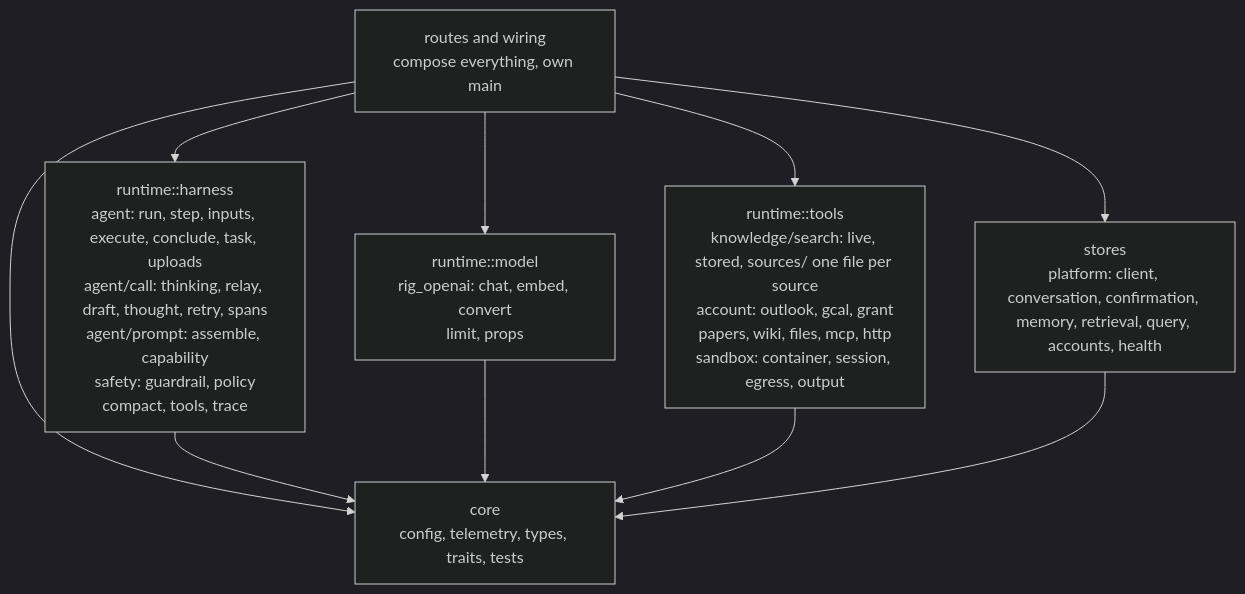
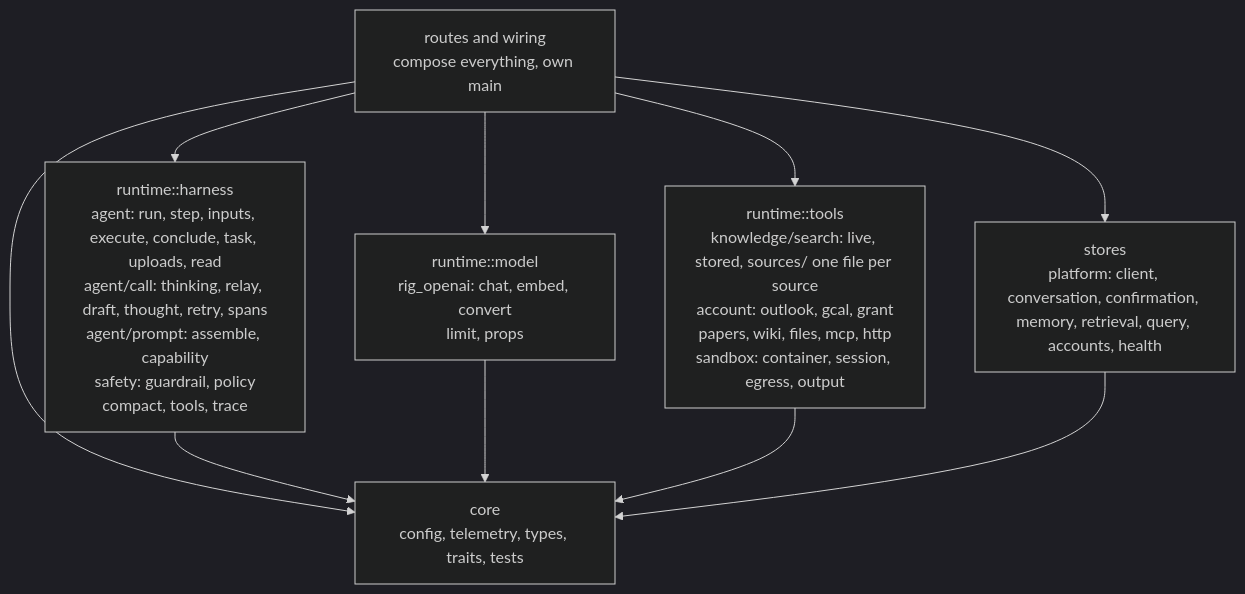
The second of 8 diagrams in docs/ARCHITECTURE.md (theaisocietyasu/sparky), drawn with Mermaid (dark theme) before and after one commit. The commit also changed other lines of this file and 19 other files, not shown here.

````diff
--- a/docs/ARCHITECTURE.md
+++ b/docs/ARCHITECTURE.md
@@ -123,19 +123,19 @@
 ```mermaid
 flowchart TD
     ROUTES["routes and wiring<br/>compose everything, own main"]
-    HARNESS["runtime::harness<br/>agent: run, step, inputs, execute, conclude, task, uploads<br/>agent/call: thinking, relay, draft, thought, retry, spans<br/>agent/prompt: assemble, capability<br/>safety: guardrail, policy<br/>compact, tools, trace"]
+    HARNESS["runtime::harness<br/>agent: run, step, inputs, execute, conclude, task, uploads, read<br/>agent/call: thinking, relay, draft, thought, retry, spans<br/>agent/prompt: assemble, capability<br/>safety: guardrail, policy<br/>compact, tools, trace"]
     MODEL["runtime::model<br/>rig_openai: chat, embed, convert<br/>limit, props"]
     TOOLS["runtime::tools<br/>knowledge/search: live, stored, sources/ one file per source<br/>account: outlook, gcal, grant<br/>papers, wiki, files, mcp, http<br/>sandbox: container, session, egress, output"]
     STORES["stores<br/>platform: client, conversation, confirmation, memory, retrieval, query, accounts, health"]
     CORE["core<br/>config, telemetry, types, traits, tests"]
 
     ROUTES --> HARNESS
     ROUTES --> MODEL
     ROUTES --> TOOLS
     ROUTES --> STORES
     ROUTES --> CORE
     HARNESS --> CORE
     MODEL --> CORE
     TOOLS --> CORE
     STORES --> CORE
 ```
````
